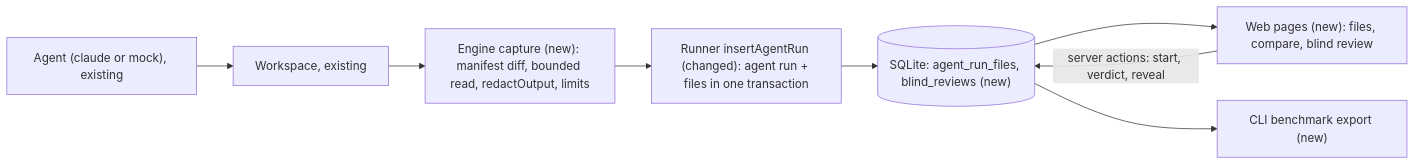
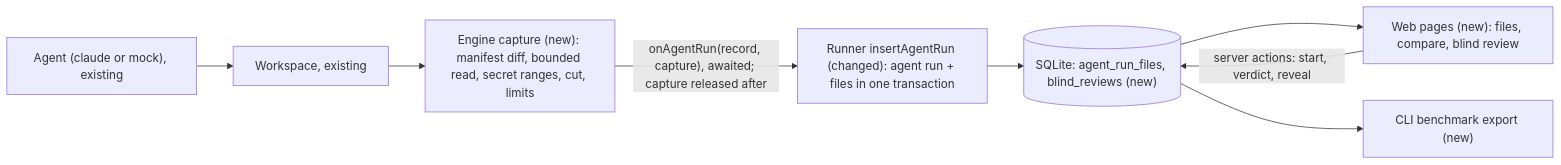
The second of 2 diagrams in .ai/specs/2026-10-29-agent-run-output-files.md (MetaX5/DirectiveBench), drawn with Mermaid before and after one commit. The commit also changed other lines of this file, not shown here.

````diff
--- a/.ai/specs/2026-10-29-agent-run-output-files.md
+++ b/.ai/specs/2026-10-29-agent-run-output-files.md
@@ -293,10 +312,10 @@
 ```mermaid
 flowchart LR
     A["Agent (claude or mock), existing"] --> W["Workspace, existing"]
-    W --> C["Engine capture (new): manifest diff, bounded read, redactOutput, limits"]
-    C --> R["Runner insertAgentRun (changed): agent run + files in one transaction"]
+    W --> C["Engine capture (new): manifest diff, bounded read, secret ranges, cut, limits"]
+    C -->|"onAgentRun(record, capture), awaited; capture released after"| R["Runner insertAgentRun (changed): agent run + files in one transaction"]
     R --> D[("SQLite: agent_run_files, blind_reviews (new)")]
     D --> P["Web pages (new): files, compare, blind review"]
     P -->|"server actions: start, verdict, reveal"| D
     D --> E["CLI benchmark export (new)"]
 ```
````
